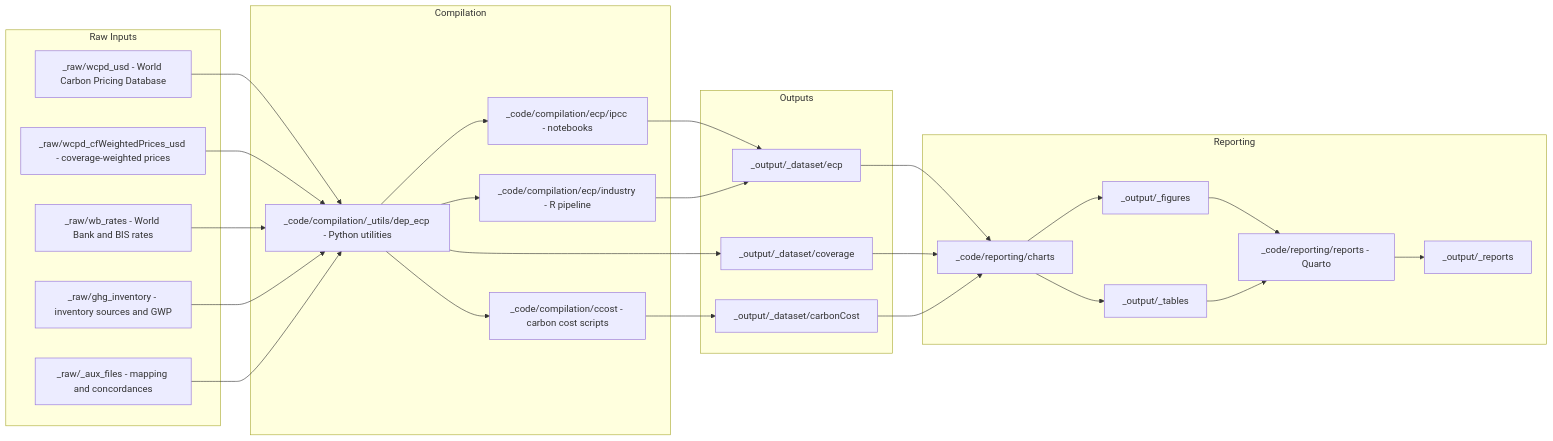
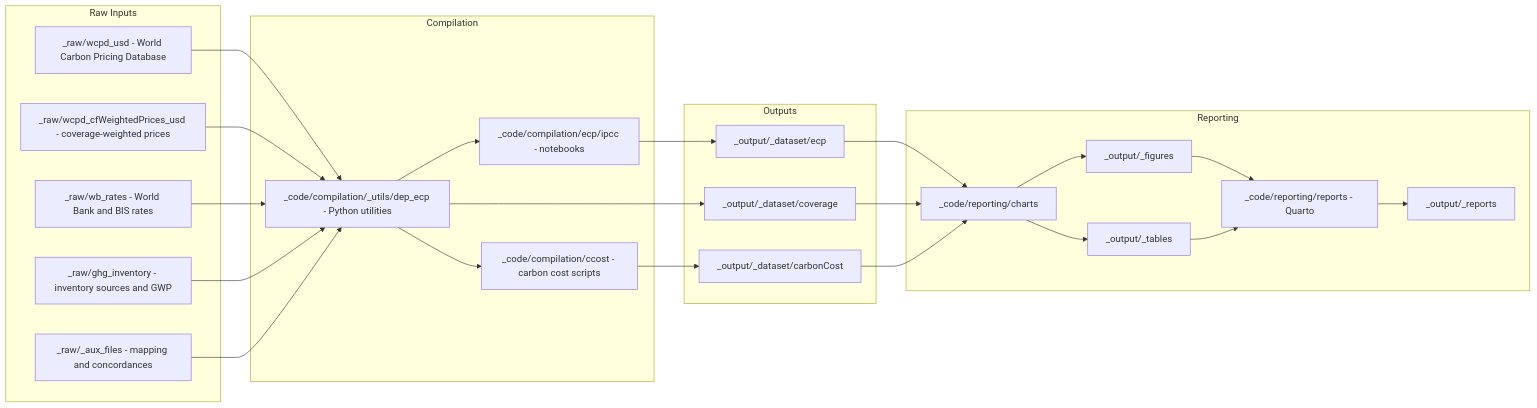
Before and after one commit to g-dolphin/ECP: the diagram in docs/pipeline.md, drawn with Mermaid. The commit also changed other lines of this file and 10 other files, not shown here.

```diff
--- a/docs/pipeline.md
+++ b/docs/pipeline.md
@@ -12,55 +12,52 @@
 <div class="mermaid">
 flowchart LR
   subgraph "Raw Inputs"
     WCPD["_raw/wcpd_usd - World Carbon Pricing Database"]
     WCPD_CF["_raw/wcpd_cfWeightedPrices_usd - coverage-weighted prices"]
     WB["_raw/wb_rates - World Bank and BIS rates"]
     INV["_raw/ghg_inventory - inventory sources and GWP"]
     AUX["_raw/_aux_files - mapping and concordances"]
   end
 
   subgraph "Compilation"
     UTIL["_code/compilation/_utils/dep_ecp - Python utilities"]
     IPCC["_code/compilation/ecp/ipcc - notebooks"]
-    IND["_code/compilation/ecp/industry - R pipeline"]
     CCOST["_code/compilation/ccost - carbon cost scripts"]
   end
 
   subgraph "Outputs"
     ECP[_output/_dataset/ecp]
     COV[_output/_dataset/coverage]
     CC[_output/_dataset/carbonCost]
   end
 
   subgraph "Reporting"
     CHARTS[_code/reporting/charts]
     REPORTS["_code/reporting/reports - Quarto"]
     FIGS[_output/_figures]
     TABLES[_output/_tables]
     PDFHTML[_output/_reports]
   end
 
   WCPD --> UTIL
   WCPD_CF --> UTIL
   WB --> UTIL
   INV --> UTIL
   AUX --> UTIL
 
   UTIL --> IPCC
-  UTIL --> IND
   UTIL --> CCOST
 
   IPCC --> ECP
-  IND --> ECP
   UTIL --> COV
   CCOST --> CC
 
   ECP --> CHARTS
   COV --> CHARTS
   CC --> CHARTS
   CHARTS --> FIGS
   CHARTS --> TABLES
   REPORTS --> PDFHTML
   FIGS --> REPORTS
   TABLES --> REPORTS
 </div>
```
